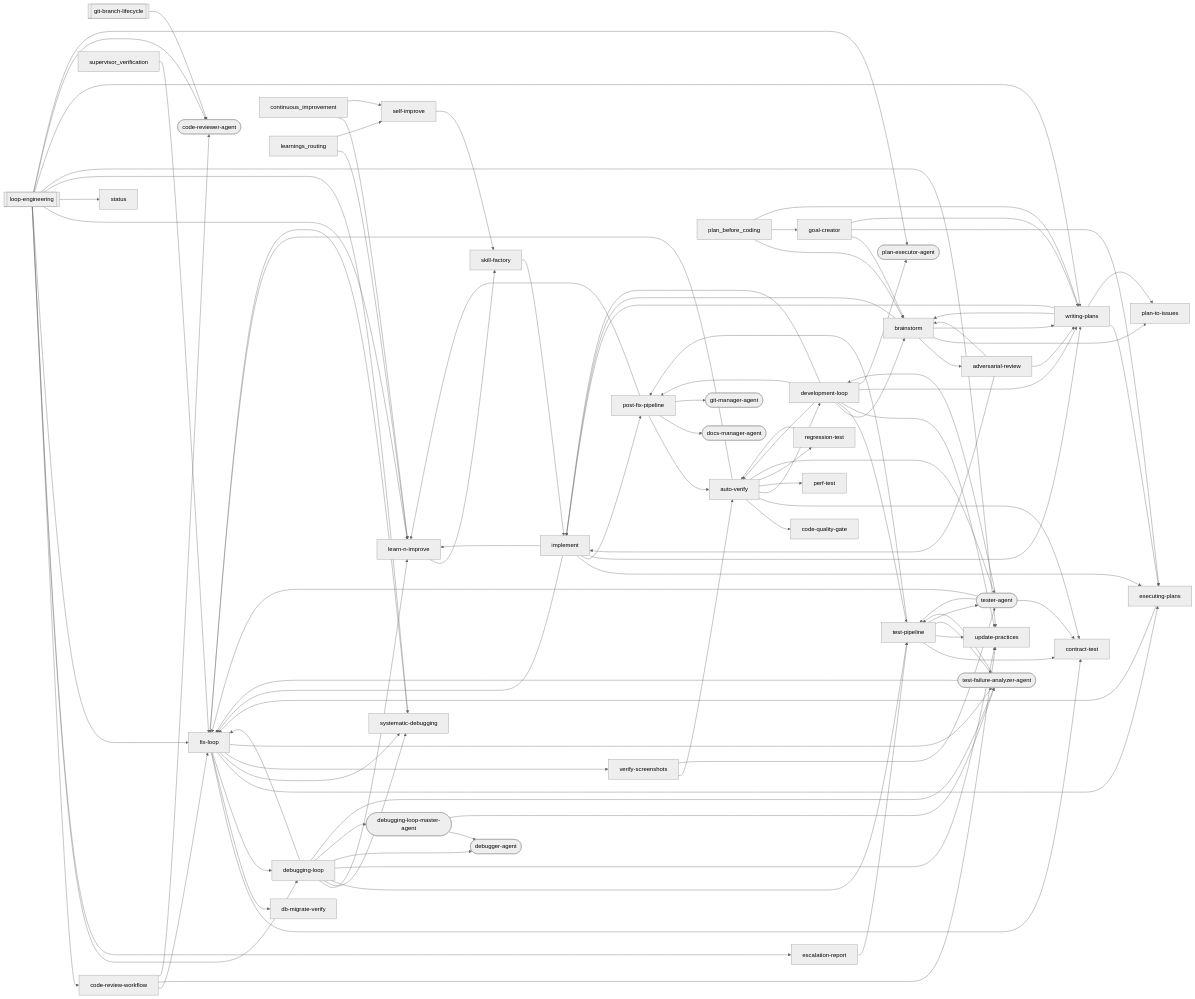
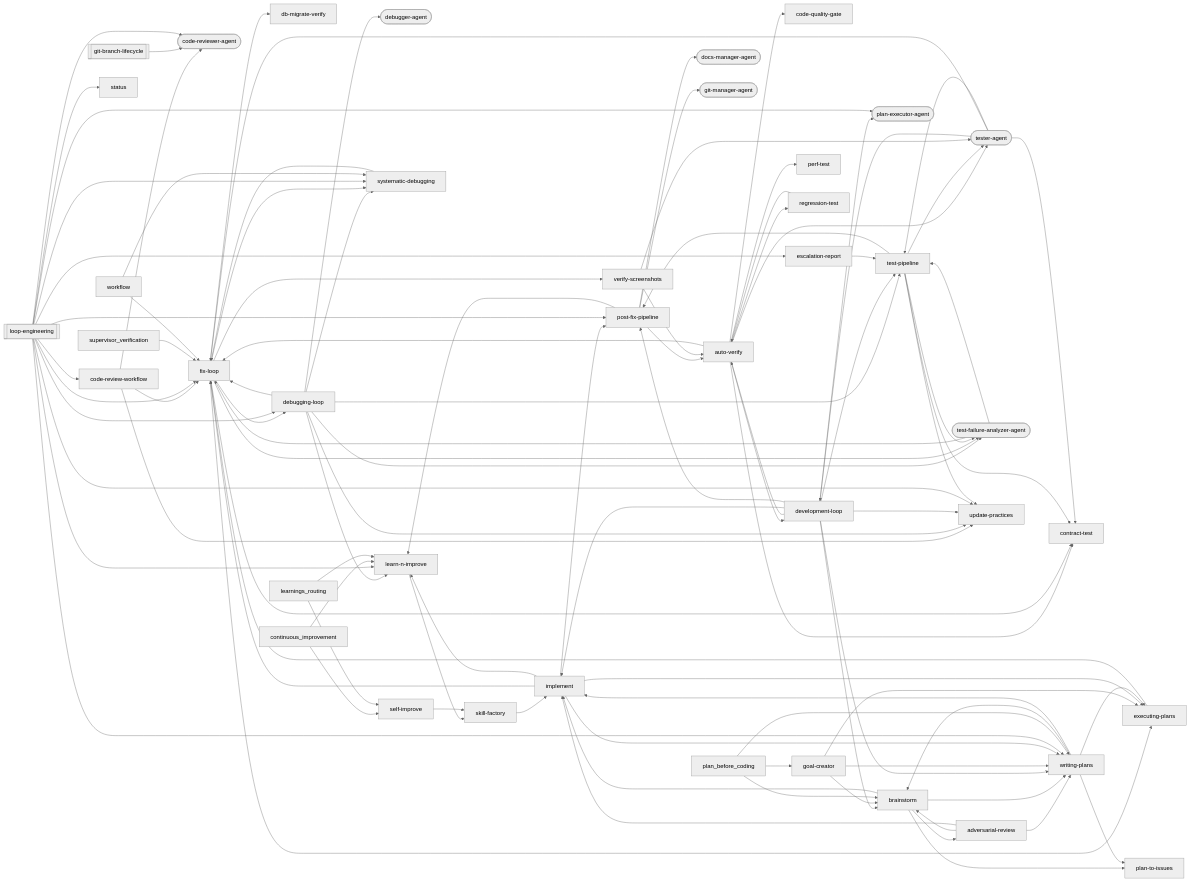
Before and after one commit to abhayla/claude-best-practices: the second of 30 diagrams in docs/workflows/loop-engineering.md, drawn with Mermaid (neutral theme). The commit also changed other lines of this file and 29 other files, not shown here.

````diff
--- a/docs/workflows/loop-engineering.md
+++ b/docs/workflows/loop-engineering.md
@@ -203,7 +203,6 @@
     db_migrate_verify["db-migrate-verify"]
     debugger_agent(["debugger-agent"])
     debugging_loop["debugging-loop"]
-    debugging_loop_master_agent(["debugging-loop-master-agent"])
     development_loop["development-loop"]
     docs_manager_agent(["docs-manager-agent"])
     escalation_report["escalation-report"]
@@ -251,7 +250,6 @@
     debugging_loop --> test_pipeline
     debugging_loop --> update_practices
     debugging_loop --> debugger_agent
-    debugging_loop --> debugging_loop_master_agent
     debugging_loop --> test_failure_analyzer_agent
     development_loop --> auto_verify
     development_loop --> brainstorm
@@ -285,6 +283,7 @@
     loop_engineering --> escalation_report
     loop_engineering --> fix_loop
     loop_engineering --> learn_n_improve
+    loop_engineering --> post_fix_pipeline
     loop_engineering --> status
     loop_engineering --> systematic_debugging
     loop_engineering --> update_practices
@@ -310,8 +309,6 @@
     writing_plans --> implement
     writing_plans --> plan_to_issues
     self_improve --> skill_factory
-    debugging_loop_master_agent --> debugger_agent
-    debugging_loop_master_agent --> test_failure_analyzer_agent
     test_failure_analyzer_agent --> fix_loop
     test_failure_analyzer_agent --> test_pipeline
     tester_agent --> contract_test
@@ -326,4 +323,6 @@
     plan_before_coding --> goal_creator
     plan_before_coding --> writing_plans
     supervisor_verification --> fix_loop
+    workflow --> fix_loop
+    workflow --> systematic_debugging
 ```
````
